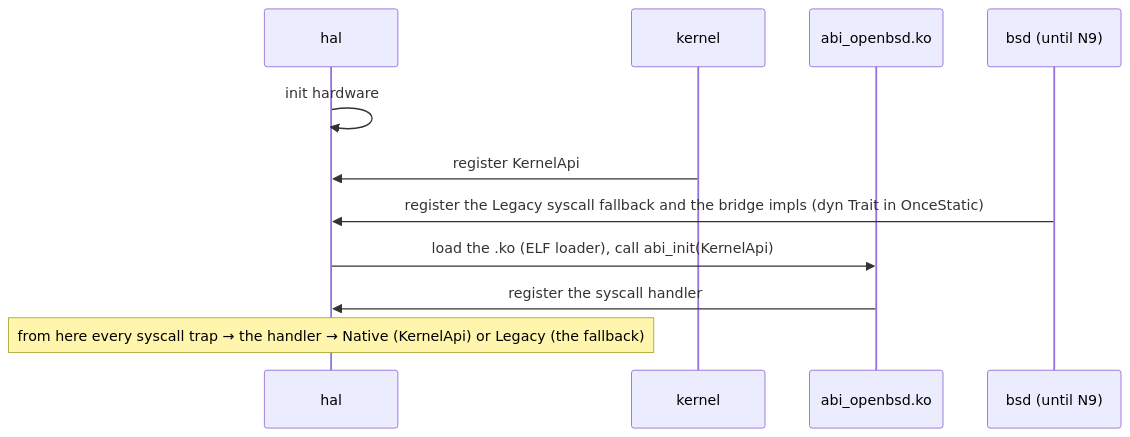
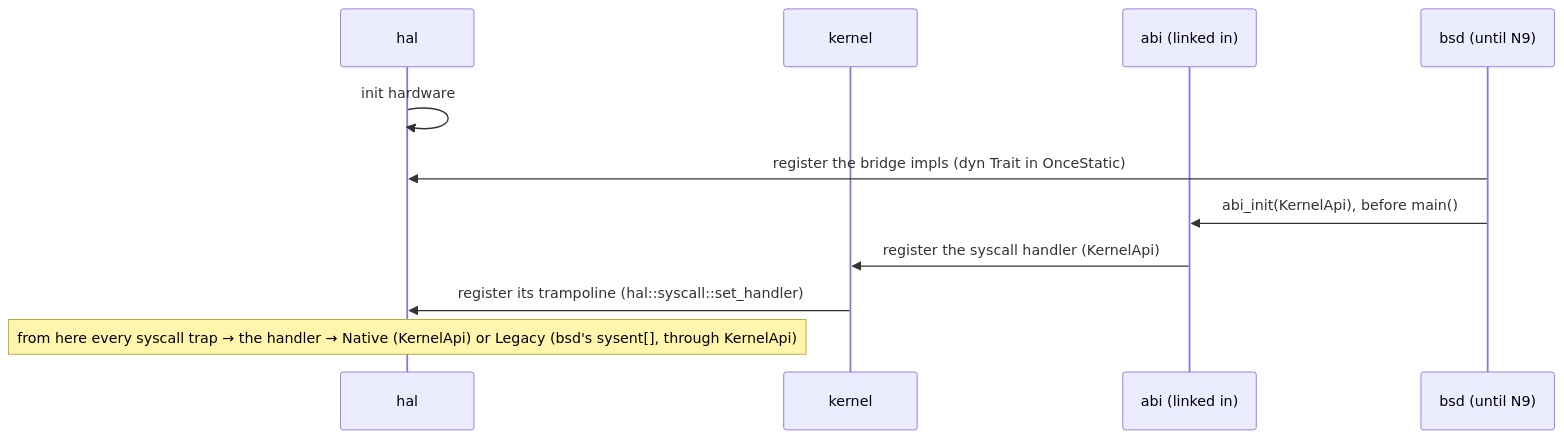
One commit to EmiBSD/Kernel changed the second of 2 diagrams in docs/ZERO_UNSAFE.md. Above: the diagram before and after it, drawn with Mermaid. The commit also changed other lines of this file and 21 other files, not shown here.

First line of the commit message:
docs: decision 47, the ABI linked into the kernel image

````diff
--- a/docs/ZERO_UNSAFE.md
+++ b/docs/ZERO_UNSAFE.md
@@ -42,13 +42,13 @@
 ```mermaid
 sequenceDiagram
     participant HAL as hal
     participant K as kernel
-    participant M as abi_openbsd.ko
+    participant A as abi (linked in)
     participant B as bsd (until N9)
     HAL->>HAL: init hardware
-    K->>HAL: register KernelApi
-    B->>HAL: register the Legacy syscall fallback and the bridge impls (dyn Trait in OnceStatic)
-    HAL->>M: load the .ko (ELF loader), call abi_init(KernelApi)
-    M->>HAL: register the syscall handler
-    Note over HAL: from here every syscall trap → the handler → Native (KernelApi) or Legacy (the fallback)
+    B->>HAL: register the bridge impls (dyn Trait in OnceStatic)
+    B->>A: abi_init(KernelApi), before main()
+    A->>K: register the syscall handler (KernelApi)
+    K->>HAL: register its trampoline (hal::syscall::set_handler)
+    Note over HAL: from here every syscall trap → the handler → Native (KernelApi) or Legacy (bsd's sysent[], through KernelApi)
 ```
````
